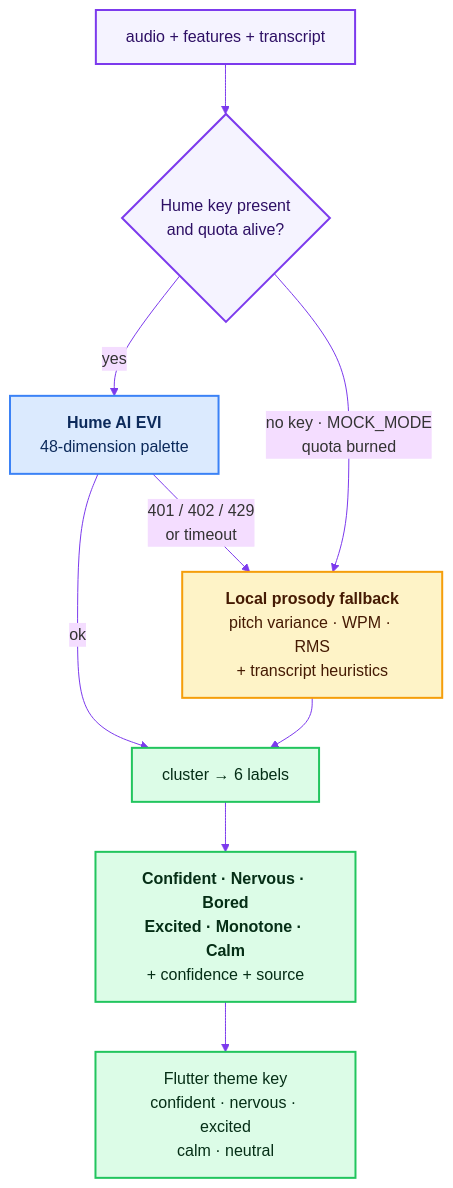
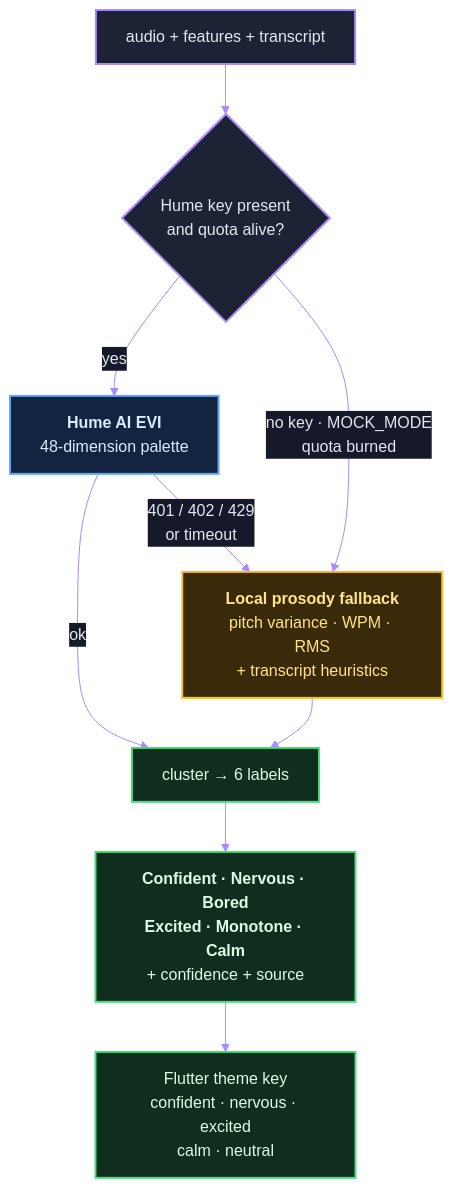
The fourth of 5 diagrams in README.md (vaibhav700c/Anubhav), drawn with Mermaid before and after one commit. The commit also changed other lines of this file and 1 other file, not shown here.

First line of the commit message:
docs: retheme all Mermaid diagrams for GitHub dark mode

````diff
--- a/README.md
+++ b/README.md
@@ -222,21 +222,21 @@
 ```mermaid
-%%{init: {'theme':'base','themeVariables':{'fontFamily':'Inter, system-ui, sans-serif','lineColor':'#7C3AED'}}}%%
+%%{init: {'theme':'base','themeVariables':{'fontFamily':'Inter, system-ui, sans-serif','background':'#0D1117','primaryColor':'#1E2235','primaryTextColor':'#E2E8F0','primaryBorderColor':'#A78BFA','secondaryColor':'#161929','tertiaryColor':'#14172A','mainBkg':'#1E2235','nodeBorder':'#A78BFA','nodeTextColor':'#E2E8F0','lineColor':'#A78BFA','textColor':'#E2E8F0','titleColor':'#DDD6FE','clusterBkg':'#14172A','clusterBorder':'#4C1D95','edgeLabelBackground':'#161929','labelBackground':'#161929','labelTextColor':'#E2E8F0'}}}%%
 flowchart TD
     IN["audio + features + transcript"] --> Q{"Hume key present<br/>and quota alive?"}
     Q -- yes --> H["<b>Hume AI EVI</b><br/>48-dimension palette"]
     H -- "401 / 402 / 429<br/>or timeout" --> F
     H -- ok --> MAP["cluster → 6 labels"]
     Q -- "no key · MOCK_MODE<br/>quota burned" --> F["<b>Local prosody fallback</b><br/>pitch variance · WPM · RMS<br/>+ transcript heuristics"]
     F --> MAP
     MAP --> OUT["<b>Confident · Nervous · Bored<br/>Excited · Monotone · Calm</b><br/>+ confidence + source"]
     OUT --> THEME["Flutter theme key<br/>confident · nervous · excited<br/>calm · neutral"]
 
-    classDef primary fill:#DBEAFE,stroke:#3B82F6,stroke-width:2px,color:#0C2A5B
-    classDef fallback fill:#FEF3C7,stroke:#F59E0B,stroke-width:2px,color:#451A03
-    classDef result fill:#DCFCE7,stroke:#22C55E,stroke-width:2px,color:#052E16
-    classDef gate fill:#F5F3FF,stroke:#7C3AED,stroke-width:2px,color:#2E1065
+    classDef primary fill:#12243F,stroke:#60A5FA,stroke-width:2px,color:#DBEAFE
+    classDef fallback fill:#3A2A0A,stroke:#FBBF24,stroke-width:2px,color:#FDE68A
+    classDef result fill:#0F2E1D,stroke:#4ADE80,stroke-width:2px,color:#DCFCE7
+    classDef gate fill:#1E2235,stroke:#A78BFA,stroke-width:2px,color:#E2E8F0
     class H primary
     class F fallback
     class OUT,THEME,MAP result
     class Q,IN gate
 ```
````
